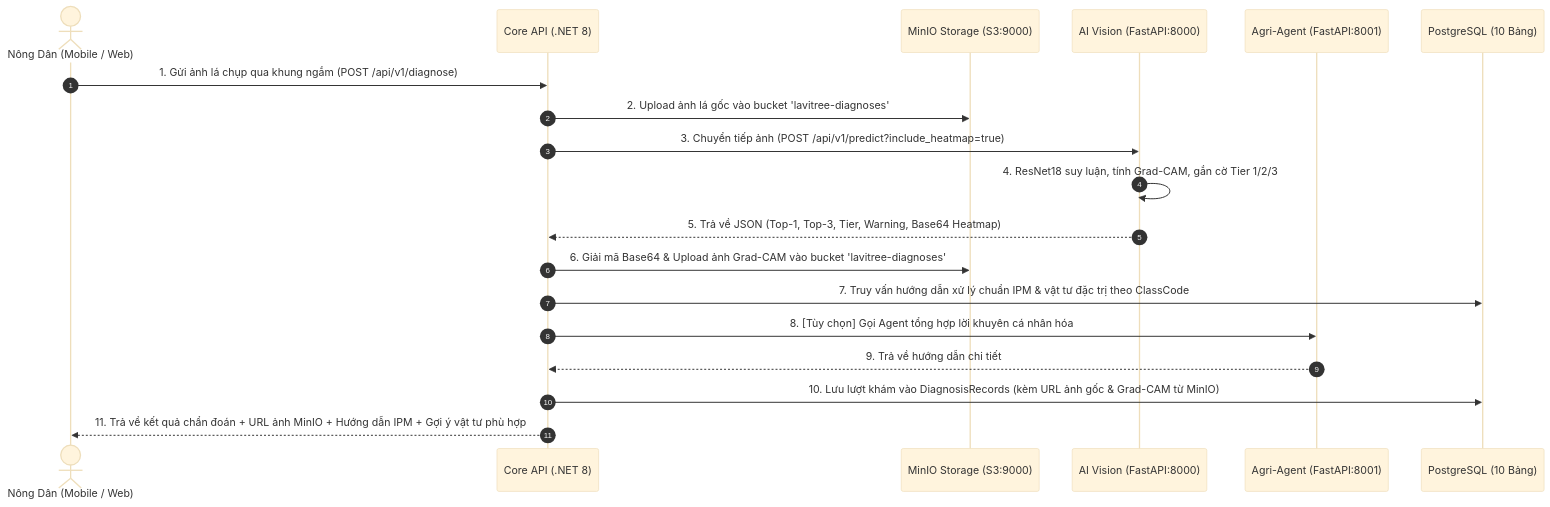
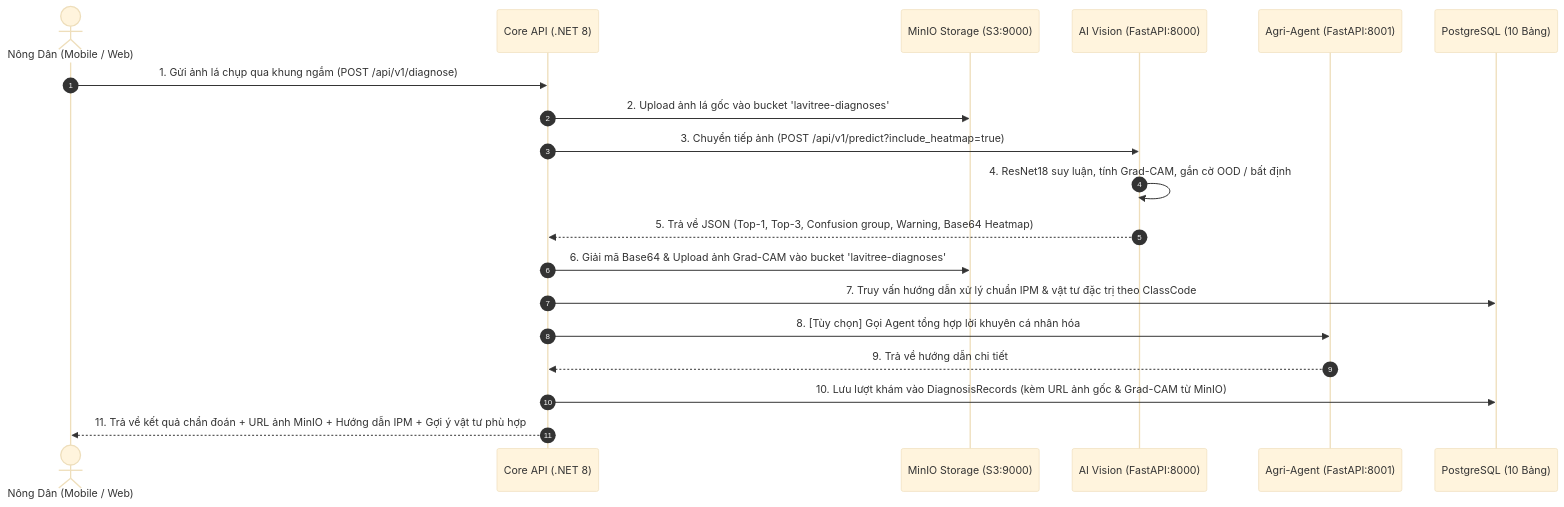
One commit to duanhap/LAVITREE changed the diagram in docs/architecture/system-design.md. Above: the diagram before and after it, drawn with Mermaid (base theme). The commit also changed other lines of this file and 13 other files, not shown here.

Commit message:
feat: add initial project documentation, architecture specs, and sprint planning files

````diff
--- a/docs/architecture/system-design.md
+++ b/docs/architecture/system-design.md
@@ -59,22 +59,22 @@
 ```mermaid
 sequenceDiagram
     autonumber
     actor Farmer as Nông Dân (Mobile / Web)
     participant Core as Core API (.NET 8)
     participant MinIO as MinIO Storage (S3:9000)
     participant Vision as AI Vision (FastAPI:8000)
     participant Agent as Agri-Agent (FastAPI:8001)
     participant DB as PostgreSQL (10 Bảng)
 
     Farmer->>Core: 1. Gửi ảnh lá chụp qua khung ngắm (POST /api/v1/diagnose)
     Core->>MinIO: 2. Upload ảnh lá gốc vào bucket 'lavitree-diagnoses'
     Core->>Vision: 3. Chuyển tiếp ảnh (POST /api/v1/predict?include_heatmap=true)
-    Vision->>Vision: 4. ResNet18 suy luận, tính Grad-CAM, gắn cờ Tier 1/2/3
-    Vision-->>Core: 5. Trả về JSON (Top-1, Top-3, Tier, Warning, Base64 Heatmap)
+    Vision->>Vision: 4. ResNet18 suy luận, tính Grad-CAM, gắn cờ OOD / bất định
+    Vision-->>Core: 5. Trả về JSON (Top-1, Top-3, Confusion group, Warning, Base64 Heatmap)
     Core->>MinIO: 6. Giải mã Base64 & Upload ảnh Grad-CAM vào bucket 'lavitree-diagnoses'
     Core->>DB: 7. Truy vấn hướng dẫn xử lý chuẩn IPM & vật tư đặc trị theo ClassCode
     Core->>Agent: 8. [Tùy chọn] Gọi Agent tổng hợp lời khuyên cá nhân hóa
     Agent-->>Core: 9. Trả về hướng dẫn chi tiết
     Core->>DB: 10. Lưu lượt khám vào DiagnosisRecords (kèm URL ảnh gốc & Grad-CAM từ MinIO)
     Core-->>Farmer: 11. Trả về kết quả chẩn đoán + URL ảnh MinIO + Hướng dẫn IPM + Gợi ý vật tư phù hợp
 ```
````
